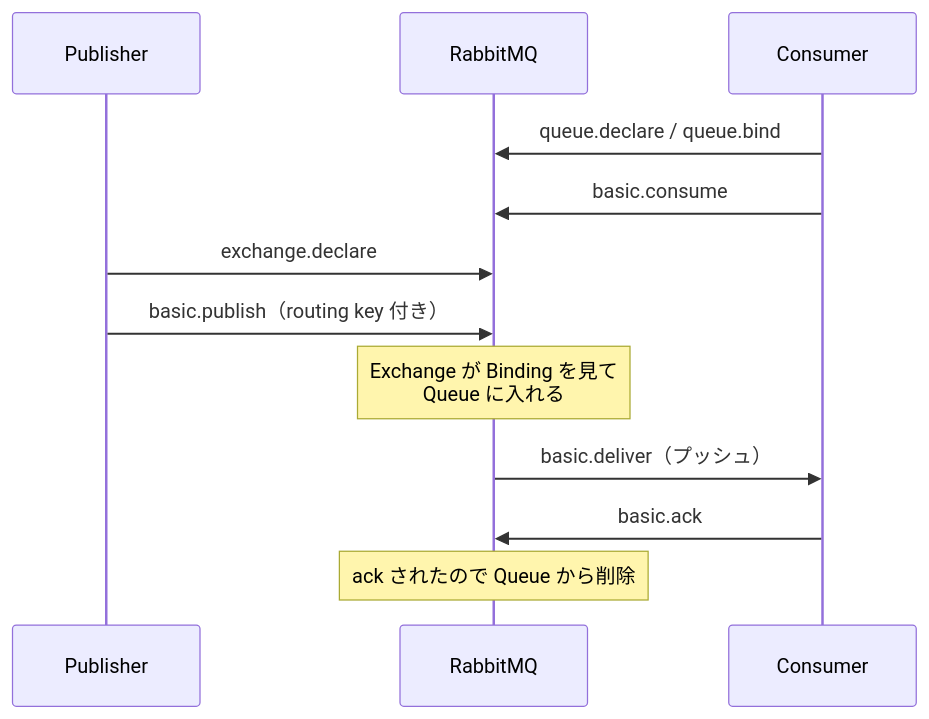
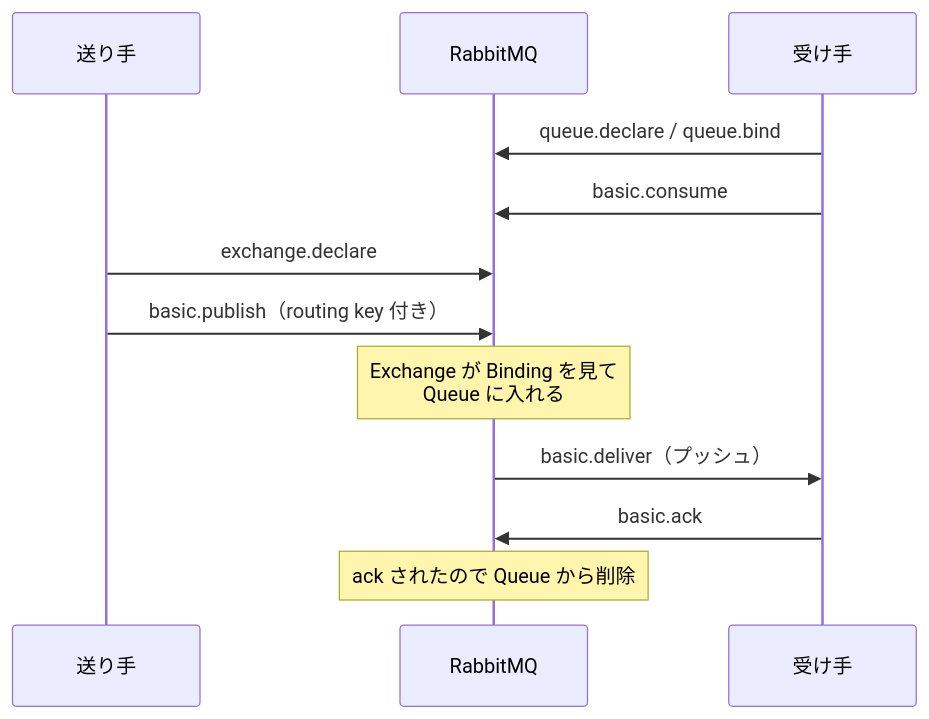
Before and after one commit to t-inoue0214/starter-web-async: the third of 3 diagrams in chapters/06-amqp.md, drawn with Mermaid. The commit also changed other lines of this file and 96 other files, not shown here.

````diff
--- a/chapters/06-amqp.md
+++ b/chapters/06-amqp.md
@@ -126,14 +103,14 @@
 ```mermaid
 sequenceDiagram
-    participant P as Publisher
+    participant P as 送り手
     participant B as RabbitMQ
-    participant C as Consumer
+    participant C as 受け手
     C->>B: queue.declare / queue.bind
     C->>B: basic.consume
     P->>B: exchange.declare
     P->>B: basic.publish（routing key 付き）
     Note over B: Exchange が Binding を見て<br>Queue に入れる
     B->>C: basic.deliver（プッシュ）
     C->>B: basic.ack
     Note over B: ack されたので Queue から削除
 ```
````
